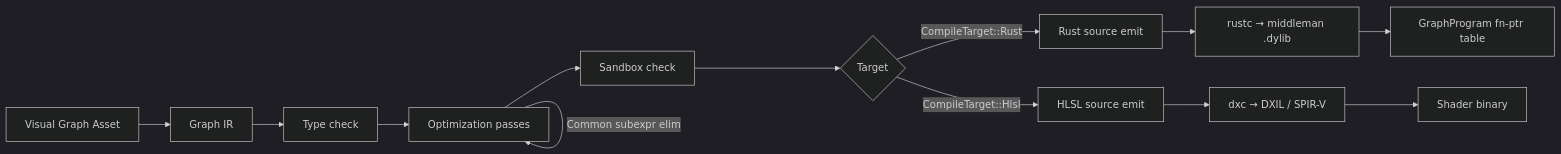
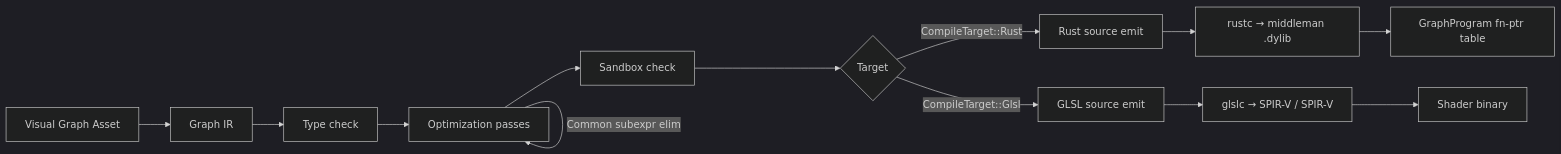
One commit to harmonius-dev/harmonius changed the second of 8 diagrams in docs/design/game-framework/scripting.md. Above: the diagram before and after it, drawn with Mermaid (dark theme). The commit also changed other lines of this file and 128 other files, not shown here.

````diff
--- a/docs/design/game-framework/scripting.md
+++ b/docs/design/game-framework/scripting.md
@@ -196,19 +196,19 @@
 ```mermaid
 flowchart LR
     A[Visual Graph Asset] --> B[Graph IR]
     B --> C[Type check]
     C --> D[Optimization passes]
     D --> E[Sandbox check]
     E --> F{Target}
     F -->|CompileTarget::Rust| G[Rust source emit]
-    F -->|CompileTarget::Hlsl| H[HLSL source emit]
+    F -->|CompileTarget::Glsl| H[GLSL source emit]
     G --> I[rustc → middleman .dylib]
-    H --> J[dxc → DXIL / SPIR-V]
+    H --> J[glslc → SPIR-V / SPIR-V]
     I --> K[GraphProgram fn-ptr table]
     J --> L[Shader binary]
 
     D -->|Dead node elimination| D
     D -->|Constant folding| D
     D -->|Subgraph inlining| D
     D -->|Common subexpr elim| D
 ```
````
